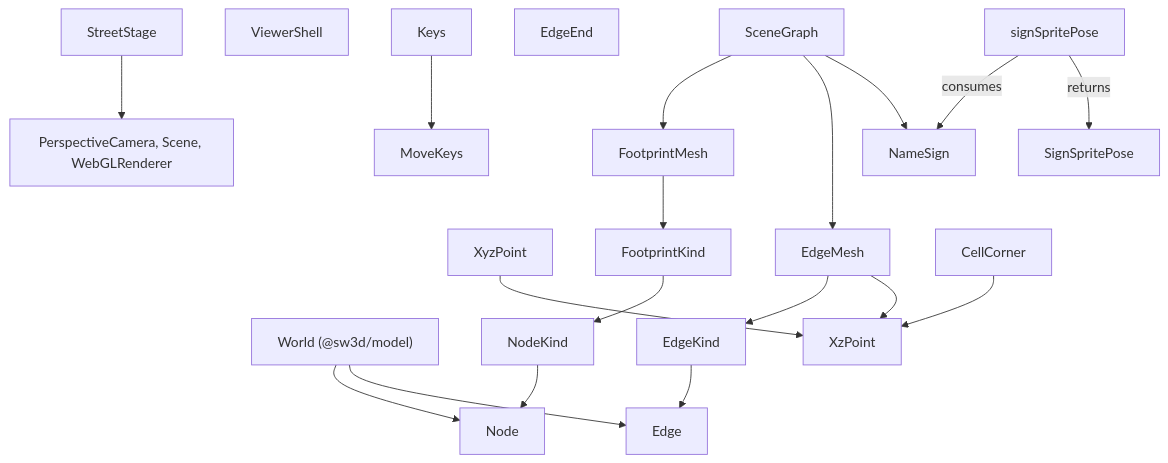
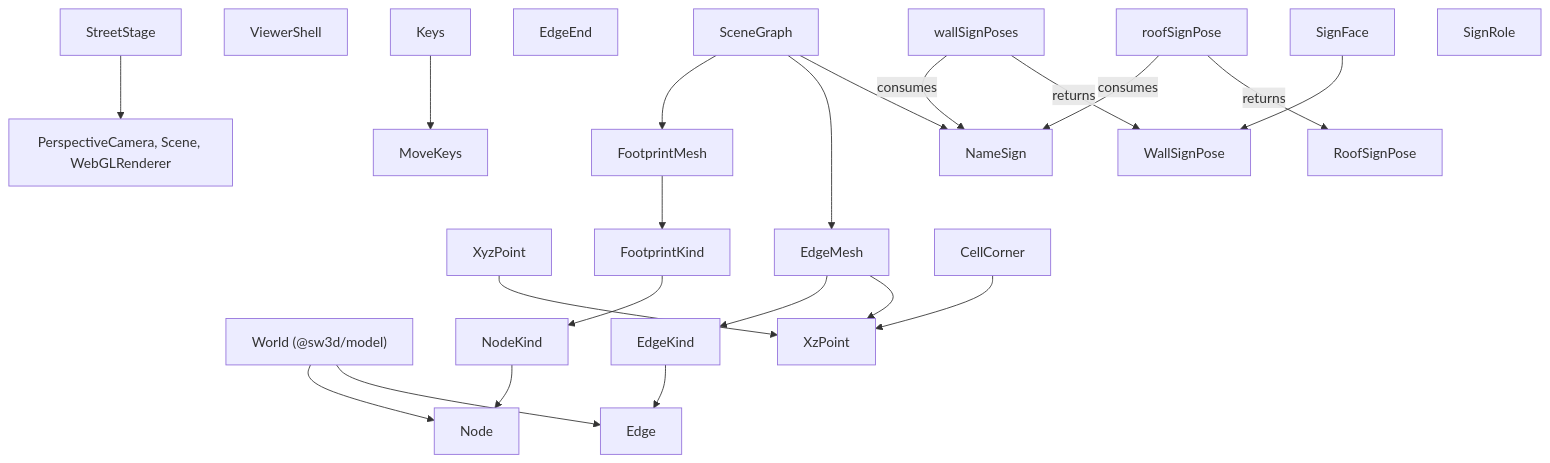
One commit to slior/CodeScape changed the second of 3 diagrams in docs/viewer-design.md. Above: the diagram before and after it, drawn with Mermaid. The commit also changed other lines of this file and 4 other files, not shown here.

````diff
--- a/docs/viewer-design.md
+++ b/docs/viewer-design.md
@@ -69,43 +69,50 @@
 ```mermaid
 flowchart TB
   World["World (@sw3d/model)"]
   Node["Node"]
   Edge["Edge"]
   ThreeTypes["PerspectiveCamera, Scene, WebGLRenderer"]
 
   XzPoint["XzPoint"]
   XyzPoint["XyzPoint"]
   MoveKeys["MoveKeys"]
   Keys["Keys"]
   ViewerShell["ViewerShell"]
   StreetStage["StreetStage"]
   NodeKind["NodeKind"]
   EdgeKind["EdgeKind"]
   FootprintKind["FootprintKind"]
   EdgeEnd["EdgeEnd"]
   FootprintMesh["FootprintMesh"]
   EdgeMesh["EdgeMesh"]
   SceneGraph["SceneGraph"]
   NameSign["NameSign"]
-  SignSpritePose["SignSpritePose"]
-  signSpritePose["signSpritePose"]
+  SignFace["SignFace"]
+  WallSignPose["WallSignPose"]
+  RoofSignPose["RoofSignPose"]
+  wallSignPoses["wallSignPoses"]
+  roofSignPose["roofSignPose"]
+  SignRole["SignRole"]
   CellCorner["CellCorner"]
 
   World --> Node
   World --> Edge
   NodeKind --> Node
   EdgeKind --> Edge
   FootprintKind --> NodeKind
   Keys --> MoveKeys
   XyzPoint --> XzPoint
   FootprintMesh --> FootprintKind
   EdgeMesh --> EdgeKind
   EdgeMesh --> XzPoint
   SceneGraph --> FootprintMesh
   SceneGraph --> EdgeMesh
   SceneGraph --> NameSign
-  signSpritePose -->|"consumes"| NameSign
-  signSpritePose -->|"returns"| SignSpritePose
+  wallSignPoses -->|"consumes"| NameSign
+  wallSignPoses -->|"returns"| WallSignPose
+  roofSignPose -->|"consumes"| NameSign
+  roofSignPose -->|"returns"| RoofSignPose
+  SignFace --> WallSignPose
   CellCorner --> XzPoint
   StreetStage --> ThreeTypes
 ```
````
